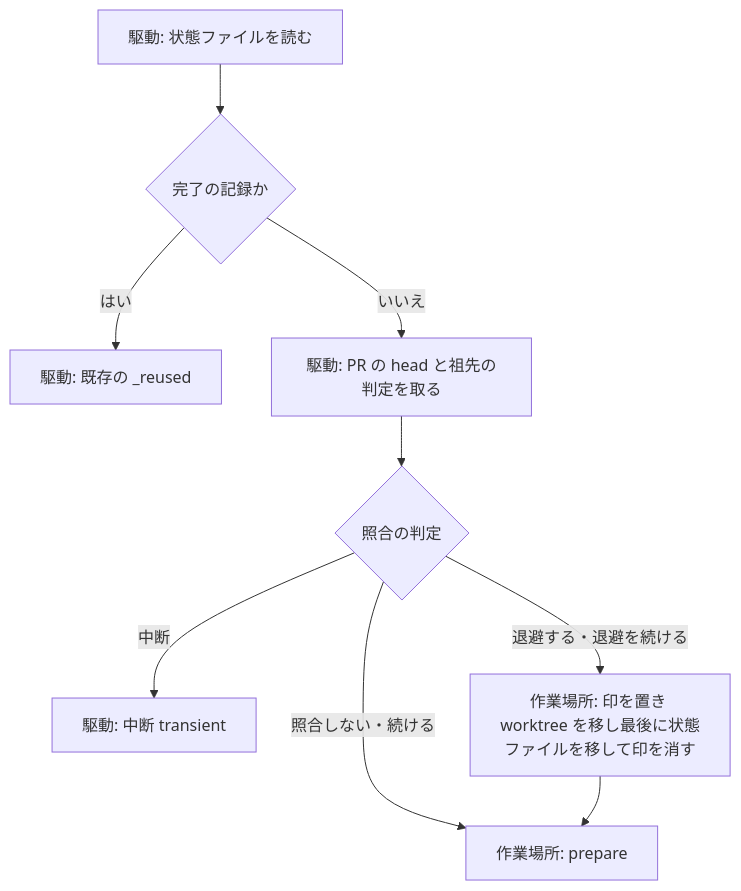
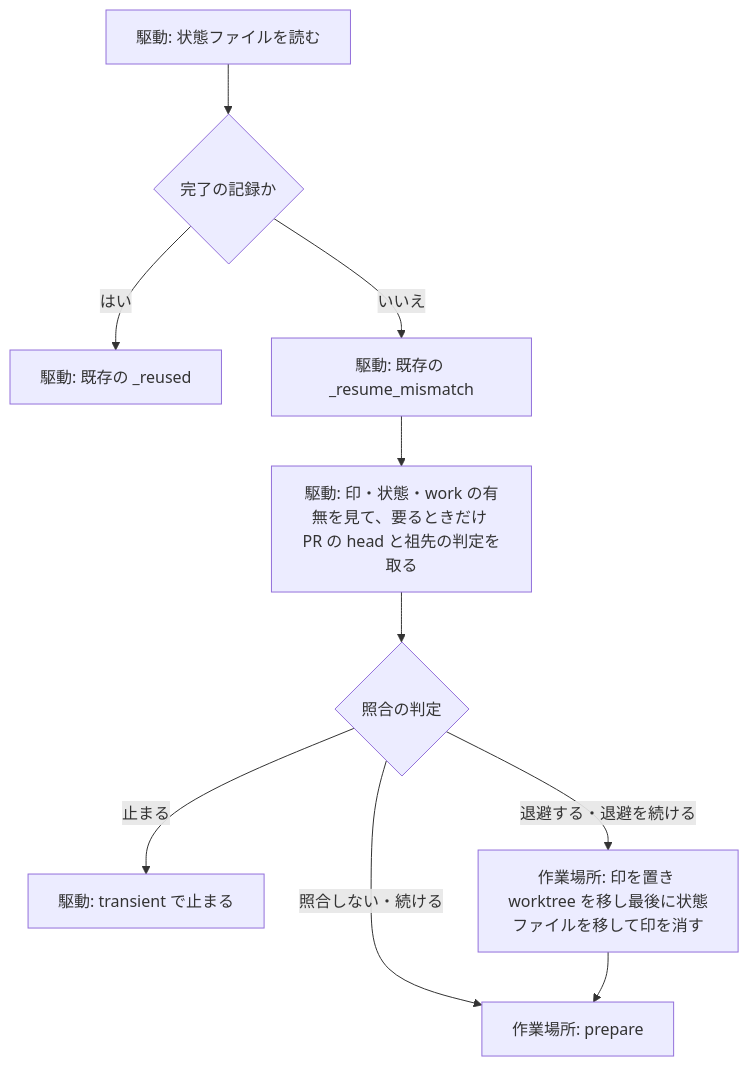
Before and after one commit to devbasex/ai-plugins: the second of 2 diagrams in issues/issue-3483-design.md, drawn with Mermaid. The commit also changed other lines of this file and 4 other files, not shown here.

````diff
--- a/issues/issue-3483-design.md
+++ b/issues/issue-3483-design.md
@@ -227,11 +150,12 @@
 ```mermaid
 graph TD
     A[駆動: 状態ファイルを読む] --> B{完了の記録か}
     B -- はい --> C[駆動: 既存の _reused]
-    B -- いいえ --> F[駆動: PR の head と祖先の判定を取る]
+    B -- いいえ --> R[駆動: 既存の _resume_mismatch]
+    R --> F[駆動: 印・状態・work の有無を見て、要るときだけ PR の head と祖先の判定を取る]
     F --> J{照合の判定}
     J -- 照合しない・続ける --> P[作業場所: prepare]
-    J -- 中断 --> X[駆動: 中断 transient]
+    J -- 止まる --> X[駆動: transient で止まる]
     J -- 退避する・退避を続ける --> M[作業場所: 印を置き worktree を移し最後に状態ファイルを移して印を消す]
     M --> P
 ```
````
